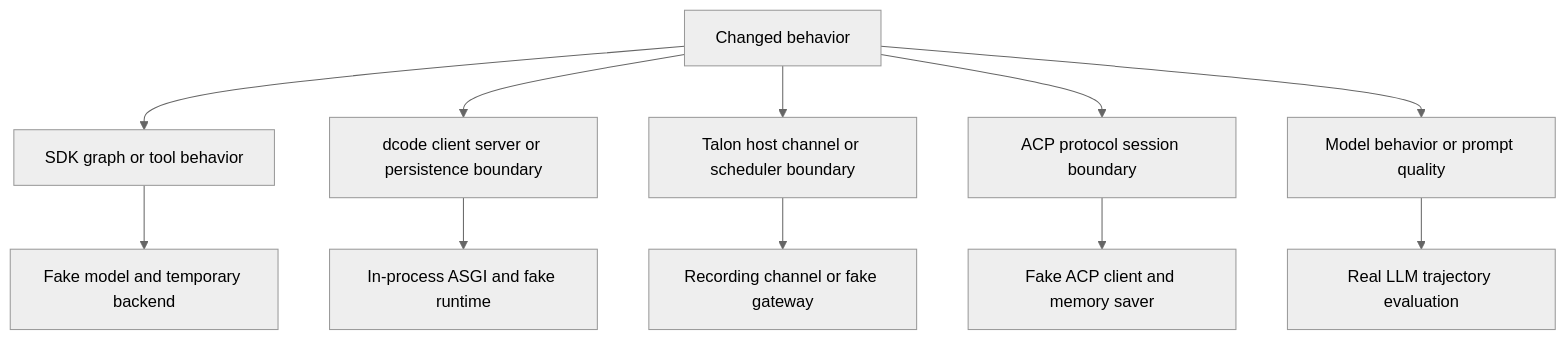
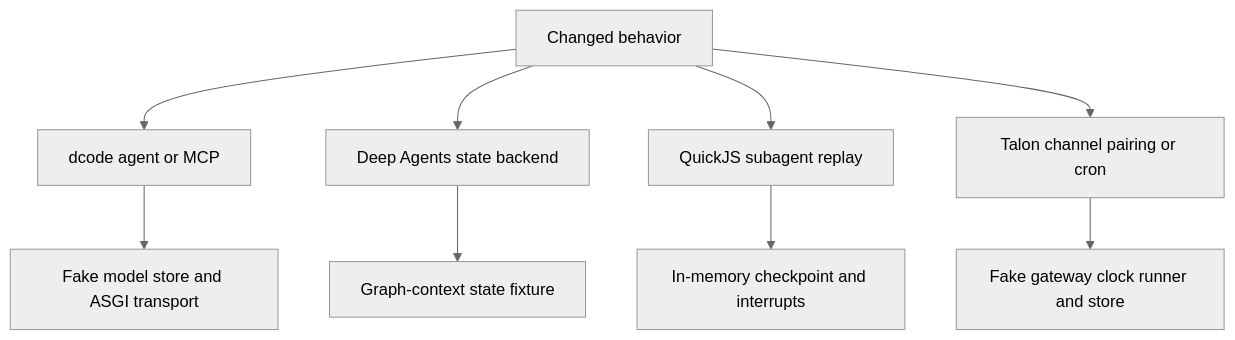
The first of 3 diagrams in openwiki/testing/testing-guide.md (langchain-ai/deepagents), drawn with Mermaid (neutral theme) before and after one commit. The commit also changed other lines of this file and 39 other files, not shown here.

````diff
--- a/openwiki/testing/testing-guide.md
+++ b/openwiki/testing/testing-guide.md
@@ -53,13 +67,11 @@
 ```mermaid
 flowchart TD
-    Change["Changed behavior"] --> SDK["SDK graph or tool behavior"]
-    Change --> Dcode["dcode client server or persistence boundary"]
-    Change --> Talon["Talon host channel or scheduler boundary"]
-    Change --> ACP["ACP protocol session boundary"]
-    Change --> Eval["Model behavior or prompt quality"]
-    SDK --> Fake["Fake model and temporary backend"]
-    Dcode --> ASGI["In-process ASGI and fake runtime"]
-    Talon --> Adapter["Recording channel or fake gateway"]
-    ACP --> Client["Fake ACP client and memory saver"]
-    Eval --> LLM["Real LLM trajectory evaluation"]
+    Change["Changed behavior"] --> Agent["dcode agent or MCP"]
+    Change --> State["Deep Agents state backend"]
+    Change --> Replay["QuickJS subagent replay"]
+    Change --> Talon["Talon channel pairing or cron"]
+    Agent --> Fakes["Fake model store and ASGI transport"]
+    State --> Graph["Graph-context state fixture"]
+    Replay --> Checkpoint["In-memory checkpoint and interrupts"]
+    Talon --> Doubles["Fake gateway clock runner and store"]
 ```
````
